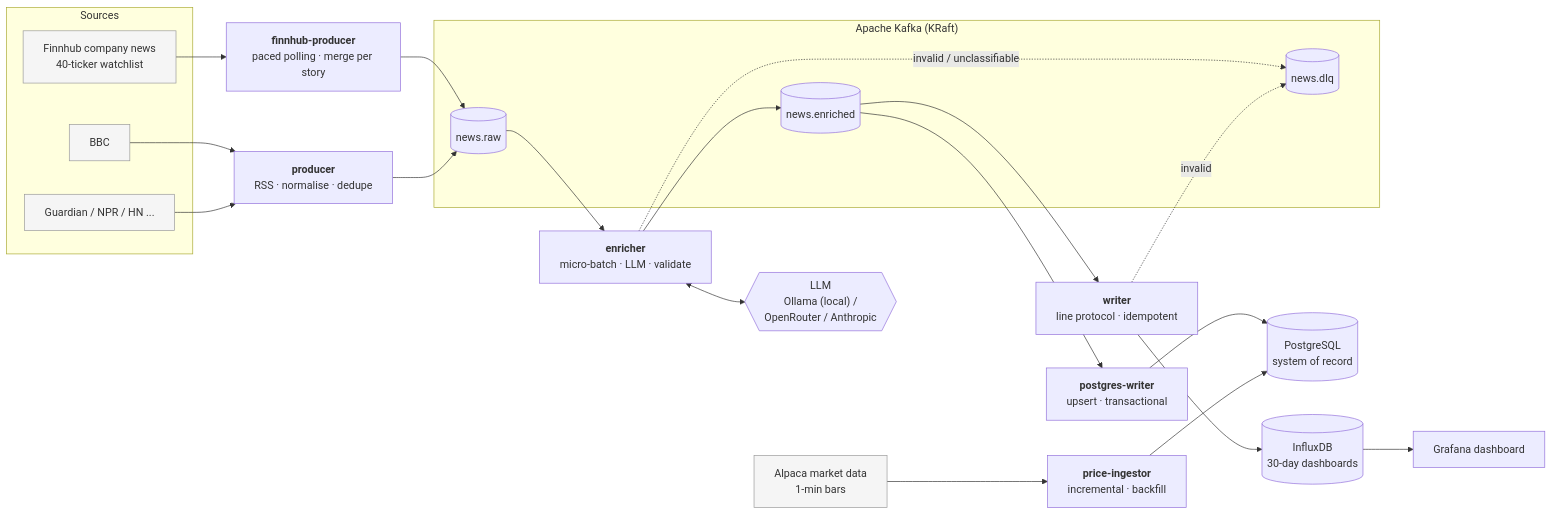
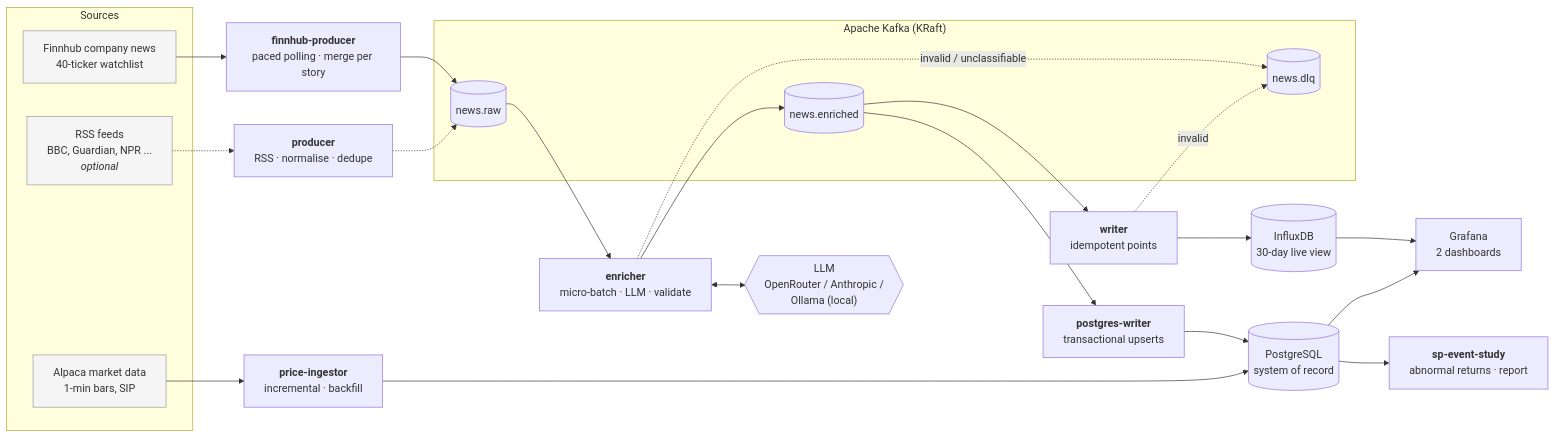
The diagram in README.md (pedropereira4/news-sentiment-trading-signals), drawn with Mermaid before and after one commit. The commit also changed other lines of this file and 11 other files, not shown here.

````diff
--- a/README.md
+++ b/README.md
@@ -28,36 +67,39 @@
 ```mermaid
 flowchart LR
     subgraph Sources
         FH[Finnhub company news<br/>40-ticker watchlist]:::src
-        RSS1[BBC]:::src
-        RSS2[Guardian / NPR / HN ...]:::src
+        RSS[RSS feeds<br/>BBC, Guardian, NPR ...<br/><i>optional</i>]:::src
+        AL[Alpaca market data<br/>1-min bars, SIP]:::src
     end
 
     F["<b>finnhub-producer</b><br/>paced polling · merge per story"]
     P["<b>producer</b><br/>RSS · normalise · dedupe"]
     subgraph Kafka["Apache Kafka (KRaft)"]
         T1[(news.raw)]
         T2[(news.enriched)]
         T3[(news.dlq)]
     end
     E["<b>enricher</b><br/>micro-batch · LLM · validate"]
-    LLM{{"LLM<br/>Ollama (local) /<br/>OpenRouter / Anthropic"}}
-    W["<b>writer</b><br/>line protocol · idempotent"]
-    PW["<b>postgres-writer</b><br/>upsert · transactional"]
-    I[(InfluxDB<br/>30-day dashboards)]
+    LLM{{"LLM<br/>OpenRouter / Anthropic /<br/>Ollama (local)"}}
+    W["<b>writer</b><br/>idempotent points"]
+    PW["<b>postgres-writer</b><br/>transactional upserts"]
+    PI["<b>price-ingestor</b><br/>incremental · backfill"]
+    I[(InfluxDB<br/>30-day live view)]
     PG[(PostgreSQL<br/>system of record)]
-    AL[Alpaca market data<br/>1-min bars]:::src
-    PI["<b>price-ingestor</b><br/>incremental · backfill"]
-    G[Grafana dashboard]
+    G[Grafana<br/>2 dashboards]
+    ES["<b>sp-event-study</b><br/>abnormal returns · report"]
 
     FH --> F --> T1
-    RSS1 & RSS2 --> P --> T1 --> E
+    RSS -.-> P -.-> T1 --> E
     E <--> LLM
-    E --> T2 --> W --> I --> G
+    E --> T2
+    T2 --> W --> I --> G
     T2 --> PW --> PG
     AL --> PI --> PG
+    PG --> G
+    PG --> ES
     E -. invalid / unclassifiable .-> T3
     W -. invalid .-> T3
 
     classDef src fill:#f5f5f5,stroke:#999
 ```
````
